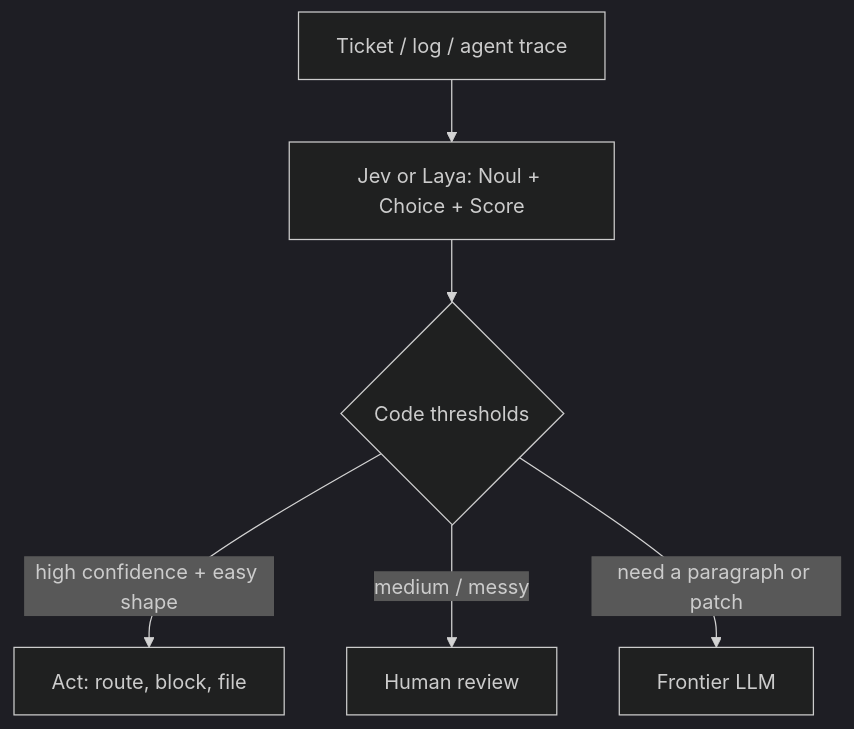
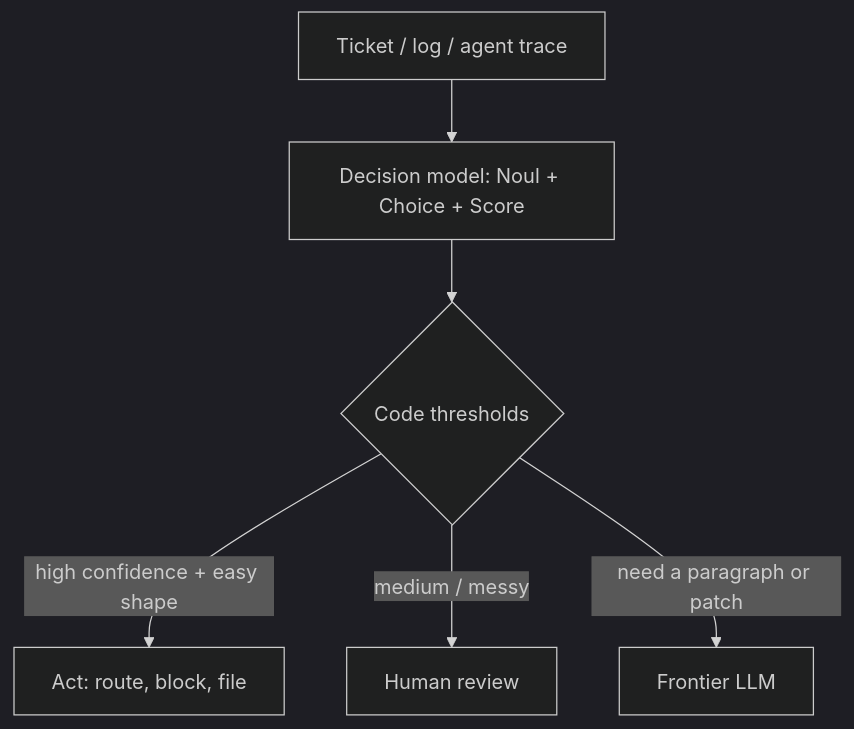
The second of 2 diagrams in _posts/2026-09-22-jev-system-one-model.md (vijaykumarjob0701/theintelliwise), drawn with Mermaid (dark theme) before and after one commit. The commit also changed other lines of this file, not shown here.

First line of the commit message:
Replace the shortened Jev post with the full private draft (#26)

````diff
--- a/_posts/2026-09-22-jev-system-one-model.md
+++ b/_posts/2026-09-22-jev-system-one-model.md
@@ -200,8 +240,8 @@
 ```mermaid
 flowchart TB
-  T[Ticket / log / agent trace] --> S[Jev or Laya: Noul + Choice + Score]
+  T[Ticket / log / agent trace] --> S[Decision model: Noul + Choice + Score]
   S --> C{Code thresholds}
   C -->|high confidence + easy shape| A[Act: route, block, file]
   C -->|medium / messy| H[Human review]
   C -->|need a paragraph or patch| L[Frontier LLM]
 ```
````
